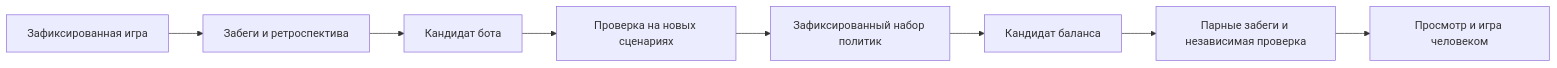
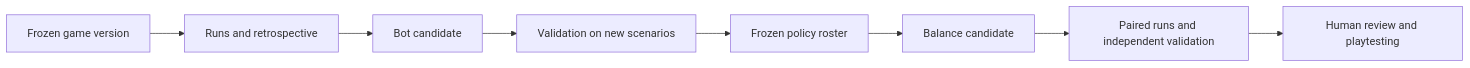
The diagram in research/survivors-balance-improvement-plan.md (dearlordylord/beat-that-swarm-survivors), drawn with Mermaid before and after one commit. The commit also changed other lines of this file and 36 other files, not shown here.

````diff
--- a/research/survivors-balance-improvement-plan.md
+++ b/research/survivors-balance-improvement-plan.md
@@ -45,10 +45,10 @@
 ```mermaid
 flowchart LR
-  G[Зафиксированная игра] --> R[Забеги и ретроспектива]
-  R --> B[Кандидат бота]
-  B --> V[Проверка на новых сценариях]
-  V --> P[Зафиксированный набор политик]
-  P --> C[Кандидат баланса]
-  C --> E[Парные забеги и независимая проверка]
-  E --> H[Просмотр и игра человеком]
+  G[Frozen game version] --> R[Runs and retrospective]
+  R --> B[Bot candidate]
+  B --> V[Validation on new scenarios]
+  V --> P[Frozen policy roster]
+  P --> C[Balance candidate]
+  C --> E[Paired runs and independent validation]
+  E --> H[Human review and playtesting]
 ```
````
